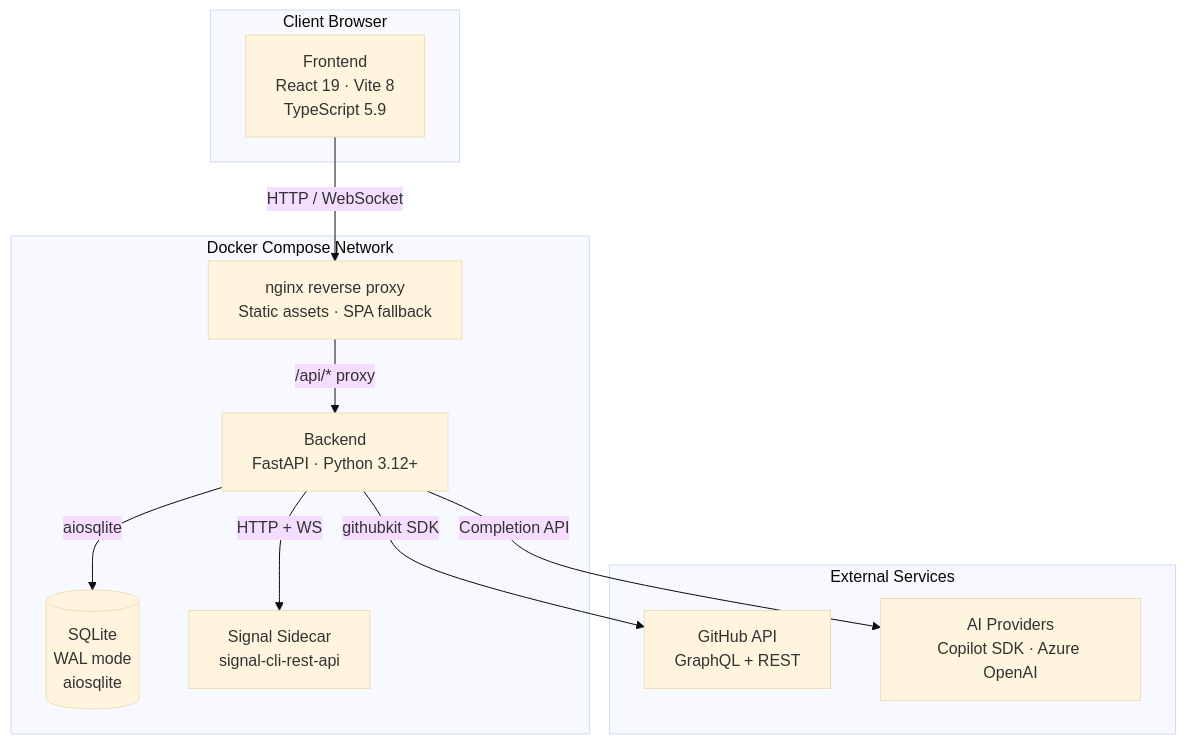
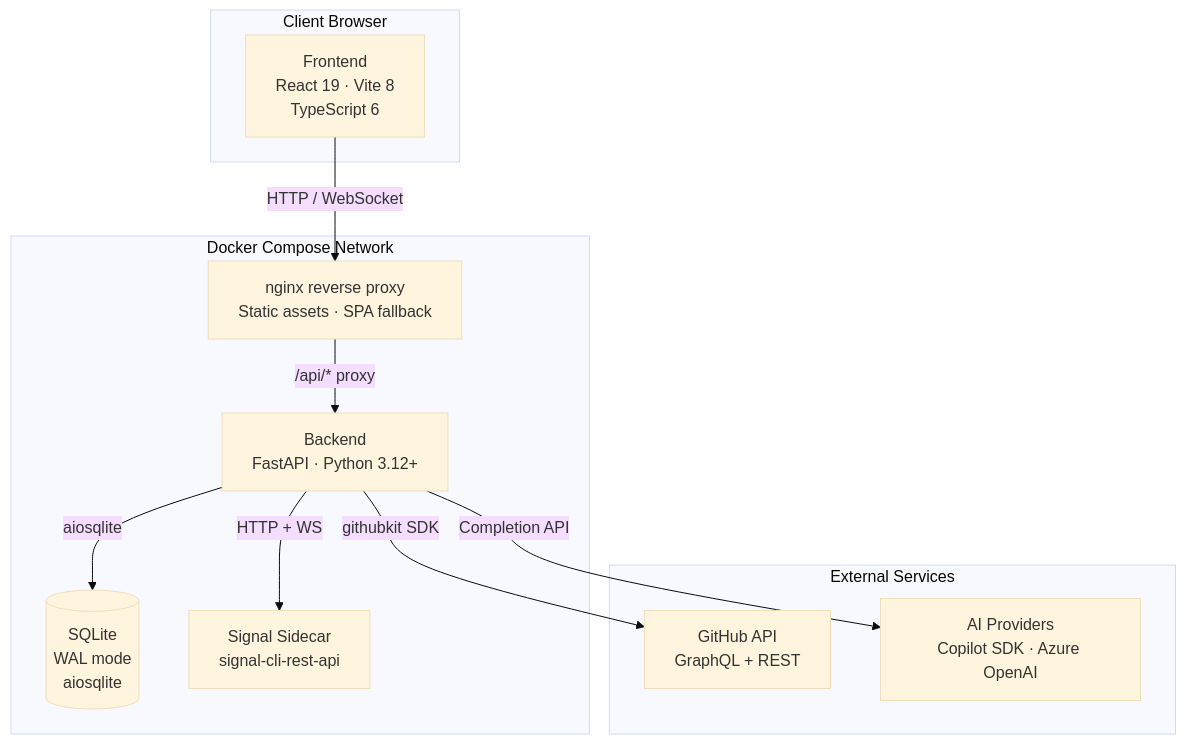
The diagram in solune/docs/architectures/high-level.mmd (Boykai/solune), drawn with Mermaid (base theme) before and after one commit. The commit also changed 6 other files, not shown here.

First line of the commit message:
Fix documentation drift: TypeScript version 5.9→6, correct test count in plan.md

```diff
--- a/solune/docs/architectures/high-level.mmd
+++ b/solune/docs/architectures/high-level.mmd
@@ -1,23 +1,23 @@
 graph TB
     subgraph Client["Client Browser"]
-        FE["Frontend<br/>React 19 · Vite 8<br/>TypeScript 5.9"]
+        FE["Frontend<br/>React 19 · Vite 8<br/>TypeScript 6"]
     end
 
     subgraph DockerCompose["Docker Compose Network"]
         NGINX["nginx reverse proxy<br/>Static assets · SPA fallback"]
         BE["Backend<br/>FastAPI · Python 3.12+"]
         DB[("SQLite<br/>WAL mode<br/>aiosqlite")]
         SIG["Signal Sidecar<br/>signal-cli-rest-api"]
     end
 
     subgraph External["External Services"]
         GH["GitHub API<br/>GraphQL + REST"]
         AI["AI Providers<br/>Copilot SDK · Azure OpenAI"]
     end
 
     FE -- "HTTP / WebSocket" --> NGINX
     NGINX -- "/api/* proxy" --> BE
     BE -- "aiosqlite" --> DB
     BE -- "HTTP + WS" --> SIG
     BE -- "githubkit SDK" --> GH
     BE -- "Completion API" --> AI
```
